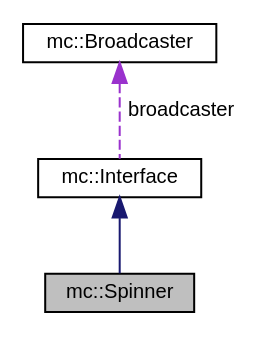
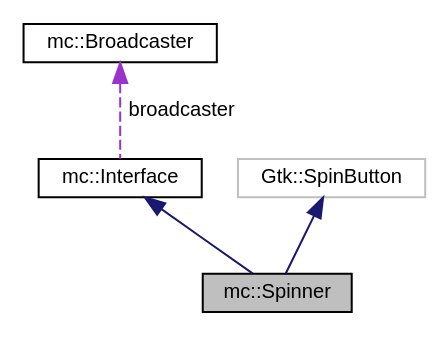
The diagram in docs/classmc_1_1Spinner__coll__graph.dot (mjhouse/mcalc), drawn with Graphviz before and after one commit. The commit also changed 34 other files, not shown here.

```diff
--- a/docs/classmc_1_1Spinner__coll__graph.dot
+++ b/docs/classmc_1_1Spinner__coll__graph.dot
@@ -1,10 +1,12 @@
 digraph "mc::Spinner"
 {
   edge [fontname="Helvetica",fontsize="10",labelfontname="Helvetica",labelfontsize="10"];
   node [fontname="Helvetica",fontsize="10",shape=record];
   Node1 [label="mc::Spinner",height=0.2,width=0.4,color="black", fillcolor="grey75", style="filled", fontcolor="black"];
   Node2 -> Node1 [dir="back",color="midnightblue",fontsize="10",style="solid",fontname="Helvetica"];
   Node2 [label="mc::Interface",height=0.2,width=0.4,color="black", fillcolor="white", style="filled",URL="$classmc_1_1Interface.html"];
   Node3 -> Node2 [dir="back",color="darkorchid3",fontsize="10",style="dashed",label=" broadcaster" ,fontname="Helvetica"];
   Node3 [label="mc::Broadcaster",height=0.2,width=0.4,color="black", fillcolor="white", style="filled",URL="$classmc_1_1Broadcaster.html"];
+  Node4 -> Node1 [dir="back",color="midnightblue",fontsize="10",style="solid",fontname="Helvetica"];
+  Node4 [label="Gtk::SpinButton",height=0.2,width=0.4,color="grey75", fillcolor="white", style="filled"];
 }
```
